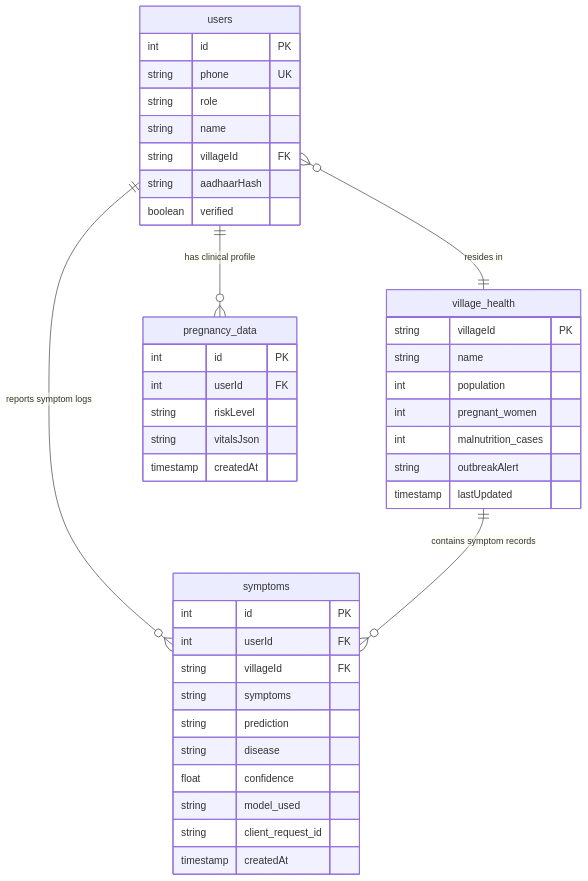
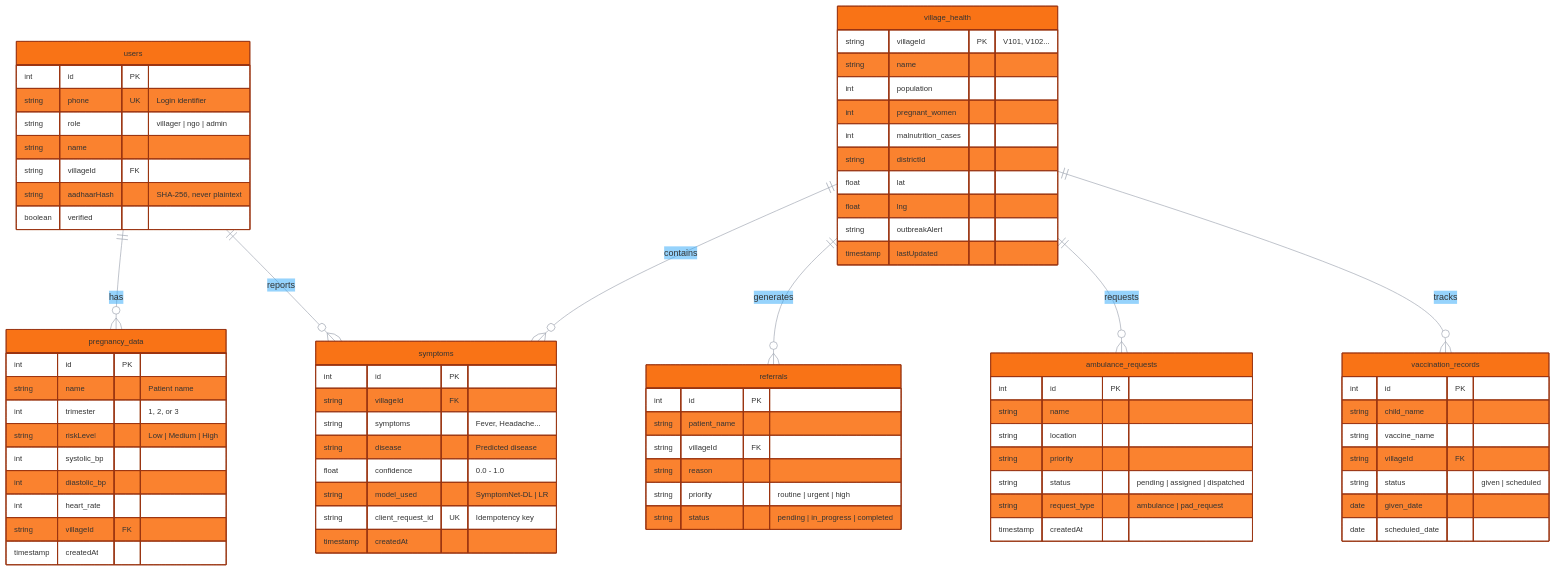
The second of 2 diagrams in docs/system_architecture.md (dgboy-ai/SwasthAI-Guardian-Platform), drawn with Mermaid before and after one commit. The commit also changed other lines of this file and 1 other file, not shown here.

Commit message:
docs: updated comprehensive AI and system architecture documentation for the platform

````diff
--- a/docs/system_architecture.md
+++ b/docs/system_architecture.md
@@ -114,45 +91,79 @@
 ```mermaid
+%%{init: { 'theme': 'base', 'themeVariables': { 'primaryColor': '#f97316', 'primaryBorderColor': '#9a3412', 'lineColor': '#9ca3af', 'fontSize': '12px' }}}%%
 erDiagram
     users {
         int id PK
-        string phone UK
-        string role
+        string phone UK "Login identifier"
+        string role "villager | ngo | admin"
         string name
         string villageId FK
-        string aadhaarHash
+        string aadhaarHash "SHA-256, never plaintext"
         boolean verified
     }
     village_health {
-        string villageId PK
+        string villageId PK "V101, V102..."
         string name
         int population
         int pregnant_women
         int malnutrition_cases
+        string districtId
+        float lat
+        float lng
         string outbreakAlert
         timestamp lastUpdated
     }
     pregnancy_data {
         int id PK
-        int userId FK
-        string riskLevel
-        string vitalsJson
+        string name "Patient name"
+        int trimester "1, 2, or 3"
+        string riskLevel "Low | Medium | High"
+        int systolic_bp
+        int diastolic_bp
+        int heart_rate
+        string villageId FK
         timestamp createdAt
     }
     symptoms {
         int id PK
-        int userId FK
         string villageId FK
-        string symptoms
-        string prediction
-        string disease
-        float confidence
-        string model_used
-        string client_request_id
+        string symptoms "Fever, Headache..."
+        string disease "Predicted disease"
+        float confidence "0.0 - 1.0"
+        string model_used "SymptomNet-DL | LR"
+        string client_request_id UK "Idempotency key"
         timestamp createdAt
     }
+    referrals {
+        int id PK
+        string patient_name
+        string villageId FK
+        string reason
+        string priority "routine | urgent | high"
+        string status "pending | in_progress | completed"
+    }
+    ambulance_requests {
+        int id PK
+        string name
+        string location
+        string priority
+        string status "pending | assigned | dispatched"
+        string request_type "ambulance | pad_request"
+        timestamp createdAt
+    }
+    vaccination_records {
+        int id PK
+        string child_name
+        string vaccine_name
+        string villageId FK
+        string status "given | scheduled"
+        date given_date
+        date scheduled_date
+    }
 
-    users }o--|| village_health : "resides in"
-    users ||--o{ pregnancy_data : "has clinical profile"
-    users ||--o{ symptoms : "reports symptom logs"
-    village_health ||--o{ symptoms : "contains symptom records"
+    users ||--o{ pregnancy_data : "has"
+    users ||--o{ symptoms : "reports"
+    village_health ||--o{ symptoms : "contains"
+    village_health ||--o{ referrals : "generates"
+    village_health ||--o{ ambulance_requests : "requests"
+    village_health ||--o{ vaccination_records : "tracks"
 ```
````
